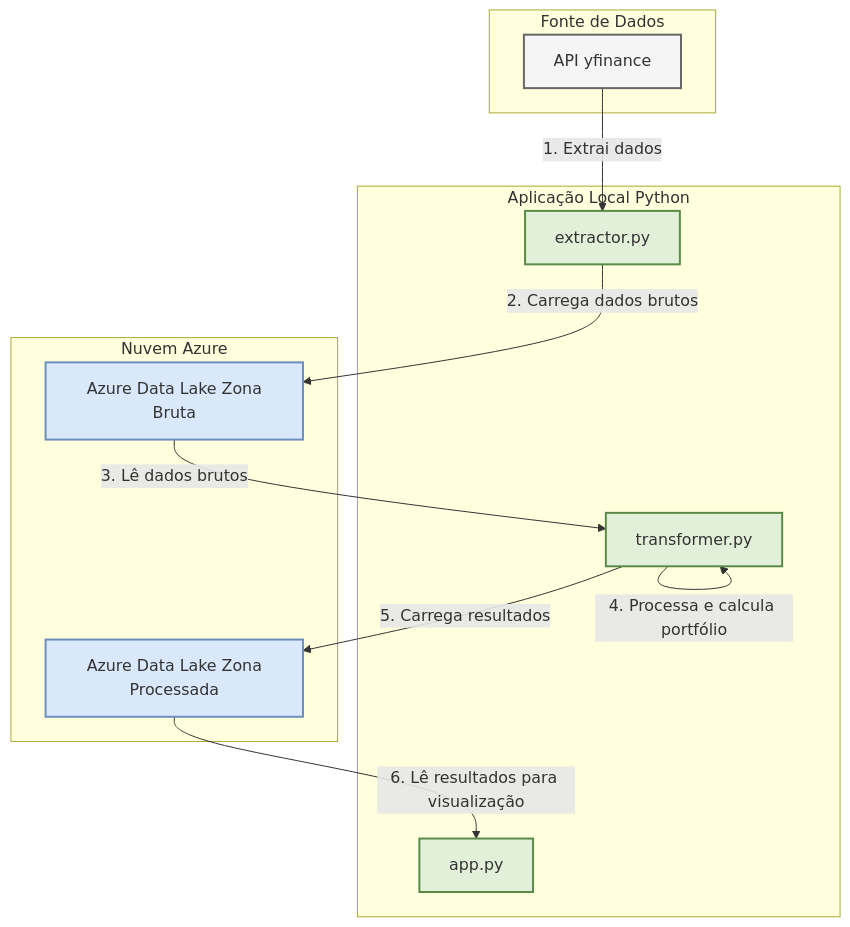
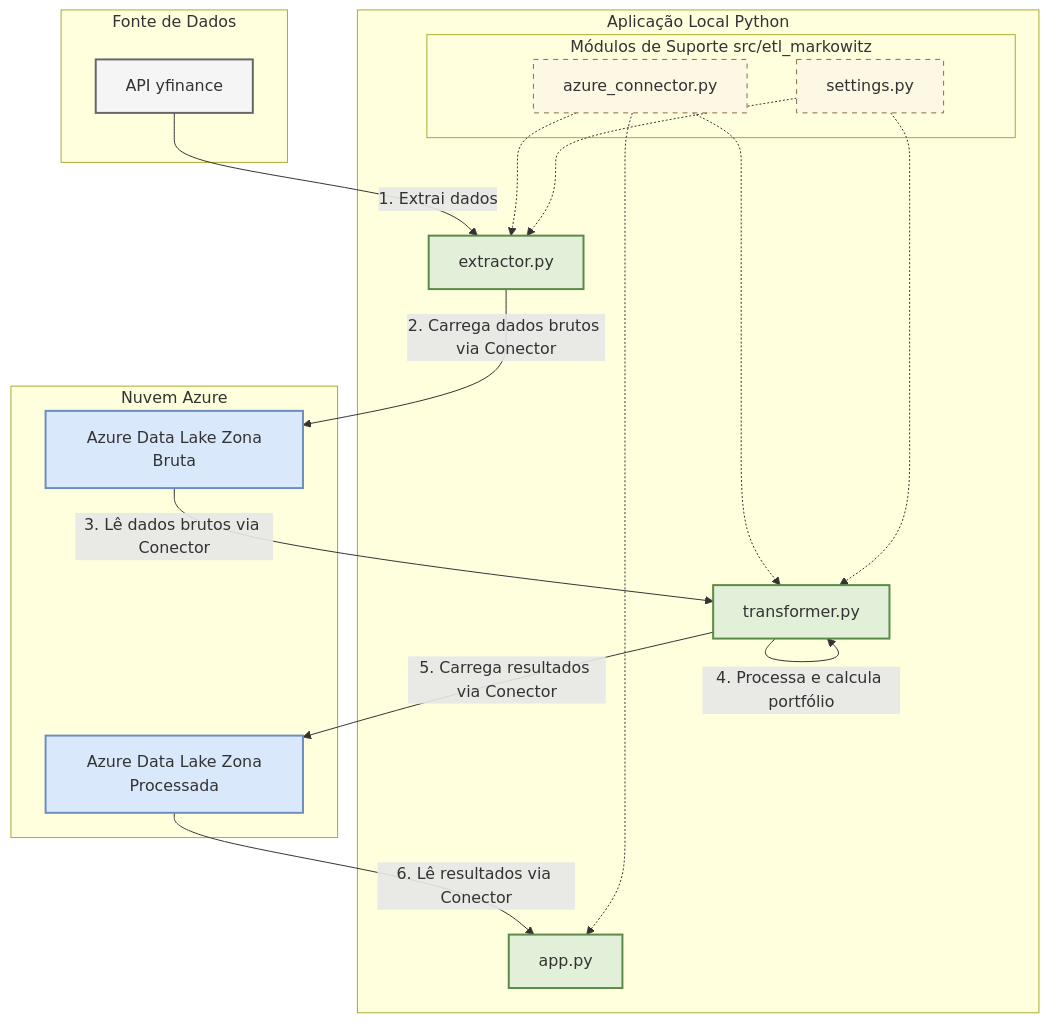
The diagram in README.md (Pacodeoliv/ETL-markowitz), drawn with Mermaid before and after one commit.

````diff
--- a/README.md
+++ b/README.md
@@ -14,31 +14,44 @@
 ```mermaid
 graph TD
     %% --- Definição de Estilos ---
     classDef azure fill:#dae8fc,stroke:#6c8ebf,stroke-width:2px;
     classDef local fill:#e2f0d9,stroke:#5a8a47,stroke-width:2px;
     classDef source fill:#f5f5f5,stroke:#666,stroke-width:2px;
+    classDef helper fill:#fcf8e3,stroke:#8a6d3b,stroke-width:1px,stroke-dasharray: 5 5;
 
     %% --- Definição dos Componentes ---
     subgraph "Fonte de Dados"
         API[<fa:fa-chart-line> API yfinance]:::source
     end
 
     subgraph "Aplicação Local Python"
         Extractor[<fa:fa-download> extractor.py]:::local
         Transformer[<fa:fa-cogs> transformer.py]:::local
         Dashboard[<fa:fa-desktop> app.py]:::local
+        
+        subgraph "Módulos de Suporte src/etl_markowitz"
+            Connector[azure_connector.py]:::helper
+            Settings[settings.py]:::helper
+        end
     end
     
     subgraph "Nuvem Azure"
         ADLS_Raw[<fa:fa-database> Azure Data Lake Zona Bruta]:::azure
         ADLS_Processed[<fa:fa-check-circle> Azure Data Lake Zona Processada]:::azure
     end
 
-    %% --- Conexões e Fluxo de Dados ---
+    %% --- Conexões de Dependência Interna ---
+    Settings -.-> Extractor
+    Settings -.-> Transformer
+    Connector -.-> Extractor
+    Connector -.-> Transformer
+    Connector -.-> Dashboard
+
+    %% --- Conexões do Fluxo de Dados Principal ---
     API -- 1. Extrai dados --> Extractor
-    Extractor -- 2. Carrega dados brutos --> ADLS_Raw
-    ADLS_Raw -- 3. Lê dados brutos --> Transformer
+    Extractor -- 2. Carrega dados brutos via Conector --> ADLS_Raw
+    ADLS_Raw -- 3. Lê dados brutos via Conector --> Transformer
     Transformer -- 4. Processa e calcula portfólio --> Transformer
-    Transformer -- 5. Carrega resultados --> ADLS_Processed
-    ADLS_Processed -- 6. Lê resultados para visualização --> Dashboard
+    Transformer -- 5. Carrega resultados via Conector --> ADLS_Processed
+    ADLS_Processed -- 6. Lê resultados via Conector --> Dashboard
 ```
````
